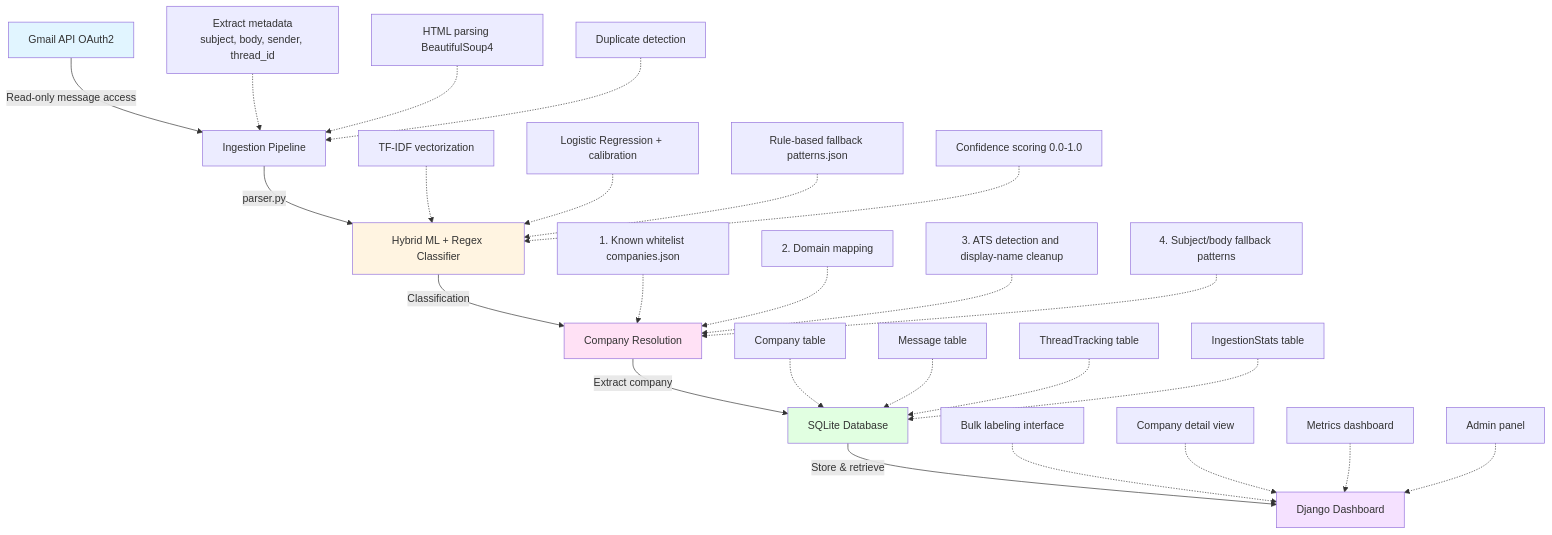
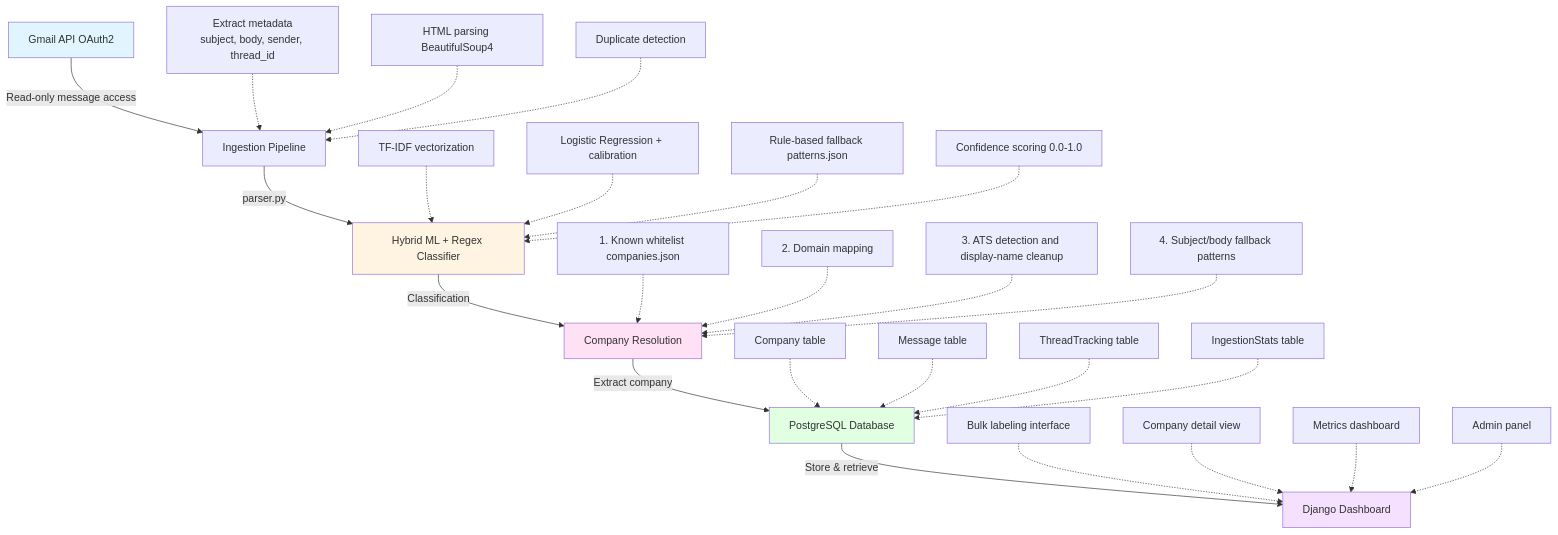
One commit to cyberthreatgurl/GmailJobTracker changed the diagram in README.md. Above: the diagram before and after it, drawn with Mermaid. The commit also changed other lines of this file and 29 other files, not shown here.

Commit message:
Enforce PostgreSQL runtime and scrub SQLite docs

````diff
--- a/README.md
+++ b/README.md
@@ -148,38 +148,38 @@
 ```mermaid
 graph TD
     A[Gmail API OAuth2] -->|Read-only message access| B[Ingestion Pipeline]
     B -->|parser.py| C[Hybrid ML + Regex Classifier]
     C -->|Classification| D[Company Resolution]
-    D -->|Extract company| E[SQLite Database]
+   D -->|Extract company| E[PostgreSQL Database]
     E -->|Store & retrieve| F[Django Dashboard]
     
     B1[Extract metadata<br/>subject, body, sender, thread_id] -.-> B
     B2[HTML parsing BeautifulSoup4] -.-> B
     B3[Duplicate detection] -.-> B
     
     C1[TF-IDF vectorization] -.-> C
     C2[Logistic Regression + calibration] -.-> C
     C3[Rule-based fallback patterns.json] -.-> C
     C4[Confidence scoring 0.0-1.0] -.-> C
     
    D1[1. Known whitelist companies.json] -.-> D
    D2[2. Domain mapping] -.-> D
    D3[3. ATS detection and display-name cleanup] -.-> D
    D4[4. Subject/body fallback patterns] -.-> D
     
     E1[Company table] -.-> E
     E2[Message table] -.-> E
     E3[ThreadTracking table] -.-> E
     E4[IngestionStats table] -.-> E
     
     F1[Bulk labeling interface] -.-> F
     F2[Company detail view] -.-> F
     F3[Metrics dashboard] -.-> F
     F4[Admin panel] -.-> F
     
     style A fill:#e1f5ff
     style C fill:#fff4e1
     style D fill:#ffe1f5
     style E fill:#e1ffe1
     style F fill:#f5e1ff
 ```
````
